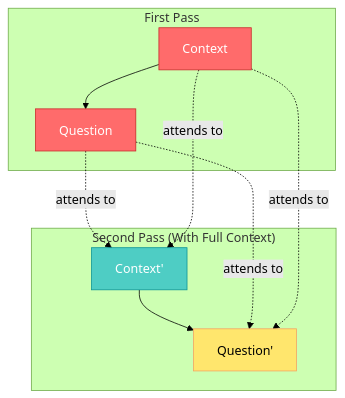
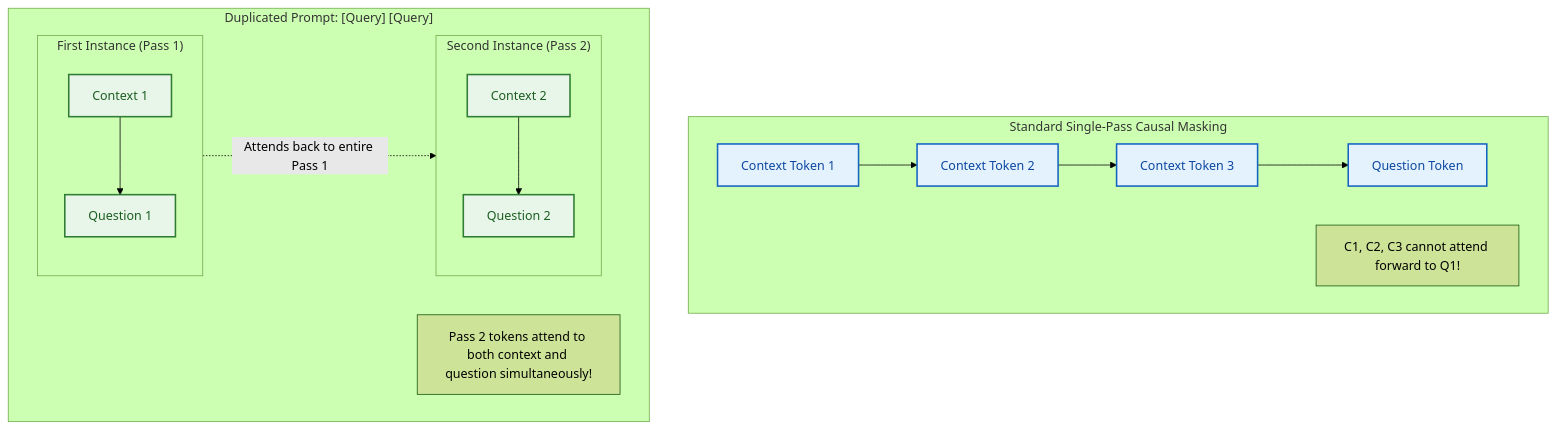
One commit to akillness/akillness.github.io changed the first of 4 diagrams in _posts/2026/01/2026-01-20-prompt-repetition-improves-llm-performance.md. Above: the diagram before and after it, drawn with Mermaid (forest theme). The commit also changed other lines of this file and 1 other file, not shown here.

Commit message:
archive(dev): rebuild prompt-repetition-improves-llm-performance from 2026-01 note

````diff
--- a/_posts/2026/01/2026-01-20-prompt-repetition-improves-llm-performance.md
+++ b/_posts/2026/01/2026-01-20-prompt-repetition-improves-llm-performance.md
@@ -65,19 +26,27 @@
 ```mermaid
-graph TB
-    subgraph "First Pass"
-        A1[Context] --> B1[Question]
+flowchart TD
+    subgraph SinglePass ["Standard Single-Pass Causal Masking"]
+        direction LR
+        C1[Context Token 1] --> C2[Context Token 2]
+        C2 --> C3[Context Token 3]
+        C3 --> Q1[Question Token]
+        note1["C1, C2, C3 cannot attend forward to Q1!"]
     end
 
-    subgraph "Second Pass (With Full Context)"
-        A2[Context'] --> B2[Question']
-        B1 -.->|"attends to"| A2
-        B1 -.->|"attends to"| B2
-        A1 -.->|"attends to"| A2
-        A1 -.->|"attends to"| B2
+    subgraph PromptRepetition ["Duplicated Prompt: [Query] [Query]"]
+        direction LR
+        subgraph Pass1 ["First Instance (Pass 1)"]
+            P1_C[Context 1] --> P1_Q[Question 1]
+        end
+        subgraph Pass2 ["Second Instance (Pass 2)"]
+            P2_C[Context 2] --> P2_Q[Question 2]
+        end
+        Pass1 -.->|"Attends back to entire Pass 1"| Pass2
+        note2["Pass 2 tokens attend to both context and question simultaneously!"]
     end
 
-    style A1 fill:#ff6b6b,stroke:#c92a2a,color:#fff
-    style B1 fill:#ff6b6b,stroke:#c92a2a,color:#fff
-    style A2 fill:#4ecdc4,stroke:#0a9396,color:#fff
-    style B2 fill:#ffe66d,stroke:#f4a261,color:#000
+    classDef pass fill:#e3f2fd,stroke:#1565c0,stroke-width:2px,color:#0d47a1;
+    classDef rep fill:#e8f5e9,stroke:#2e7d32,stroke-width:2px,color:#1b5e20;
+    class C1,C2,C3,Q1 pass;
+    class P1_C,P1_Q,P2_C,P2_Q rep;
 ```
````
